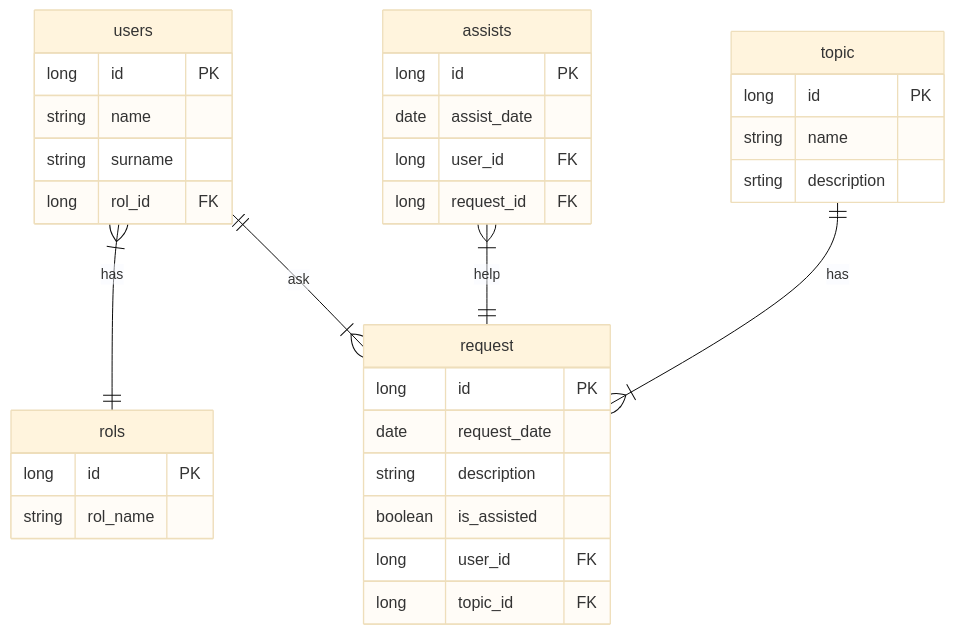
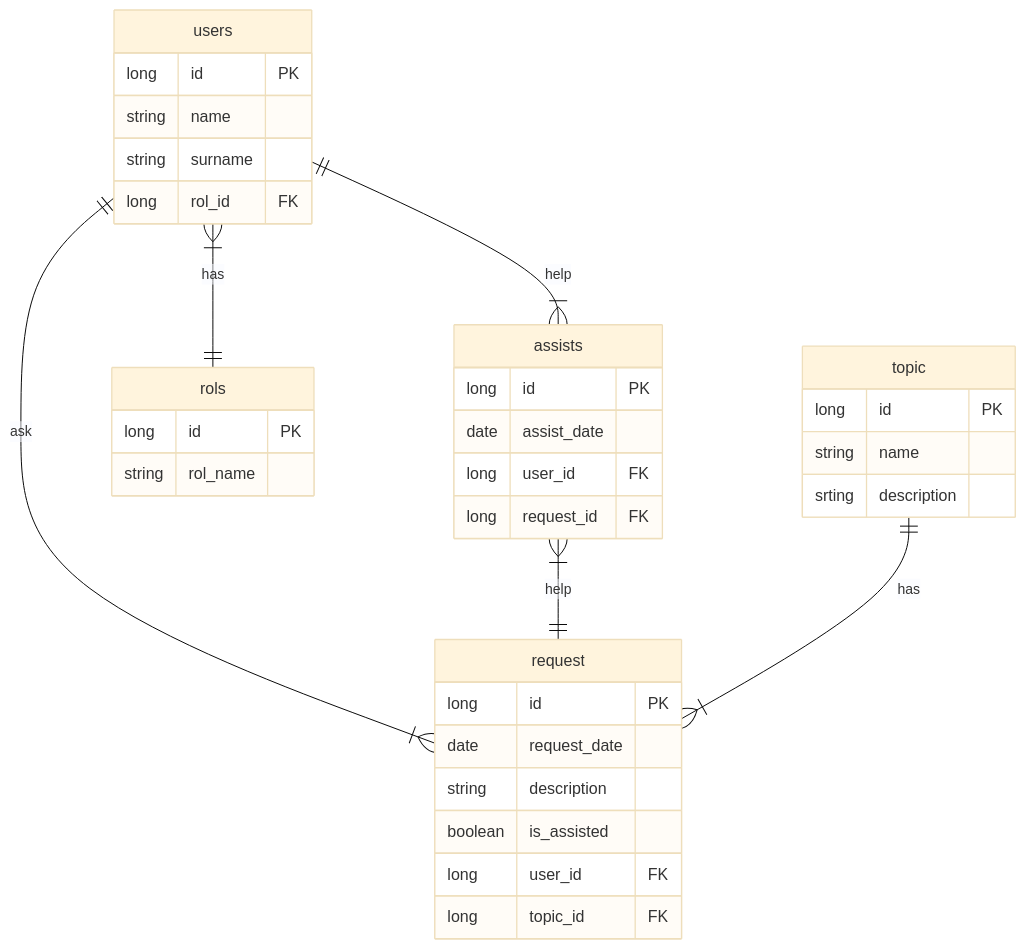
One commit to jemb4/project-spring-support-app changed the diagram in README.md. Above: the diagram before and after it, drawn with Mermaid (base theme). The commit also changed 3 other files, not shown here.

Commit message:
diagram: diagram done, todo UserTest setassist and setrequest

````diff
--- a/README.md
+++ b/README.md
@@ -3,36 +3,37 @@
 ```mermaid
 erDiagram
+users ||--|{assists : help
 users {
   long id PK
   string name
   string surname
   long rol_id FK
 }
 users }|--|| rols : has
 rols {
   long id PK
   string rol_name
 }
 users ||--|{ request : ask
 request {
   long id PK
   date request_date
   string description
   boolean is_assisted
   long user_id FK
   long topic_id FK
 }
 assists }|--|| request : help
 assists {
   long id PK
   date assist_date
   long user_id FK
   long request_id FK
 }
 topic ||--|{ request : has
 topic {
   long id PK
   string name
   srting description
 }
 ```
````
